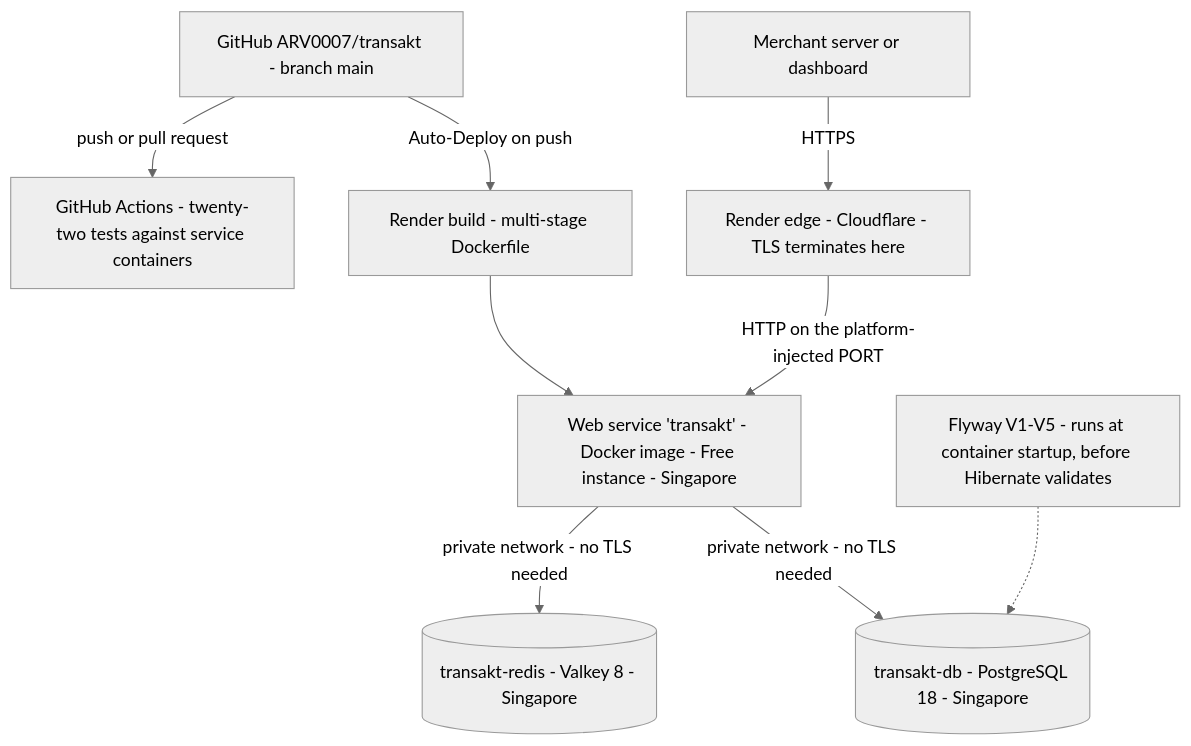
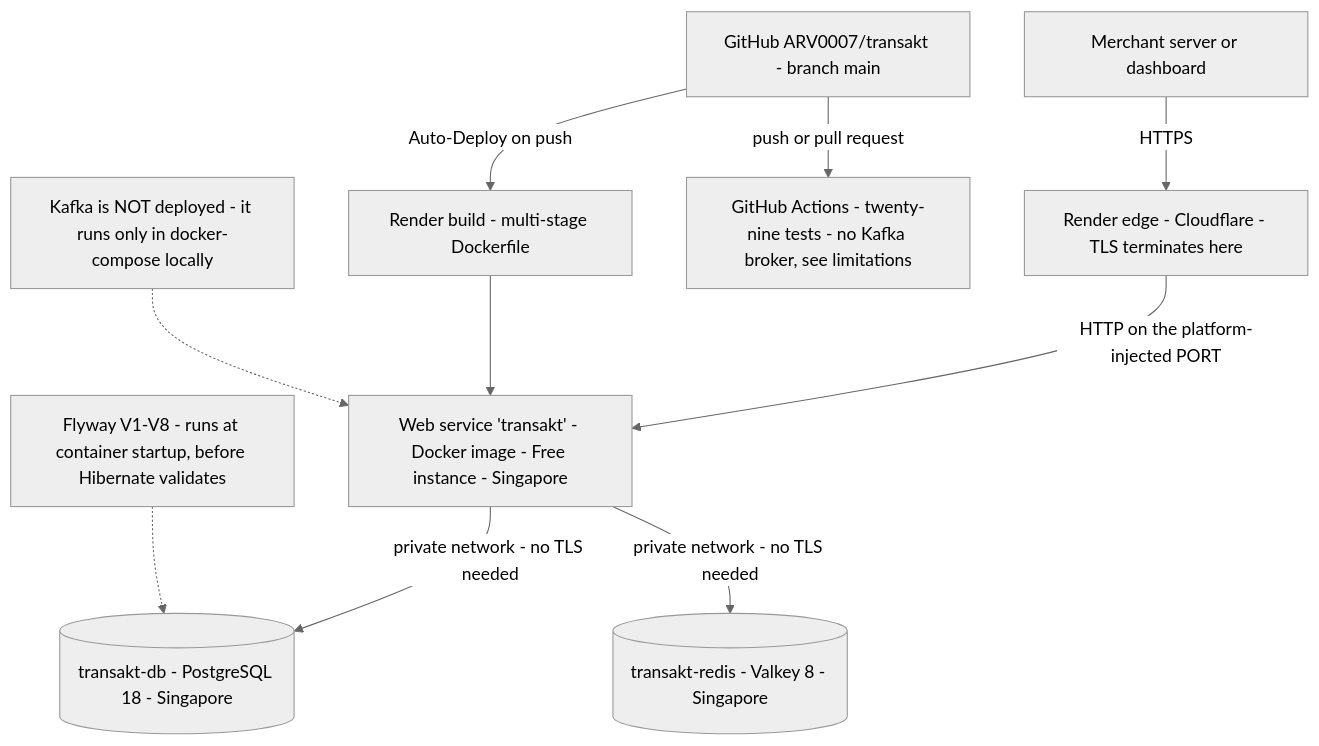
The first of 3 diagrams in docs/architecture.md (ARV0007/transakt), drawn with Mermaid (neutral theme) before and after one commit. The commit also changed other lines of this file and 6 other files, not shown here.

``````diff
--- a/docs/architecture.md
+++ b/docs/architecture.md
@@ -9,12 +9,13 @@
-````mermaid
+`````mermaid
 flowchart TD
   client[Merchant server or dashboard]
   client -->|HTTPS| edge[Render edge - Cloudflare - TLS terminates here]
   edge -->|HTTP on the platform-injected PORT| app[Web service 'transakt' - Docker image - Free instance - Singapore]
   app -->|private network - no TLS needed| pg[(transakt-db - PostgreSQL 18 - Singapore)]
   app -->|private network - no TLS needed| kv[(transakt-redis - Valkey 8 - Singapore)]
   gh[GitHub ARV0007/transakt - branch main] -->|Auto-Deploy on push| build[Render build - multi-stage Dockerfile]
-  gh -->|push or pull request| ci[GitHub Actions - twenty-two tests against service containers]
+  gh -->|push or pull request| ci[GitHub Actions - twenty-nine tests - no Kafka broker, see limitations]
   build --> app
-  flyway[Flyway V1-V5 - runs at container startup, before Hibernate validates] -.-> pg
-````
+  flyway[Flyway V1-V8 - runs at container startup, before Hibernate validates] -.-> pg
+  note[Kafka is NOT deployed - it runs only in docker-compose locally] -.-> app
+`````
``````
